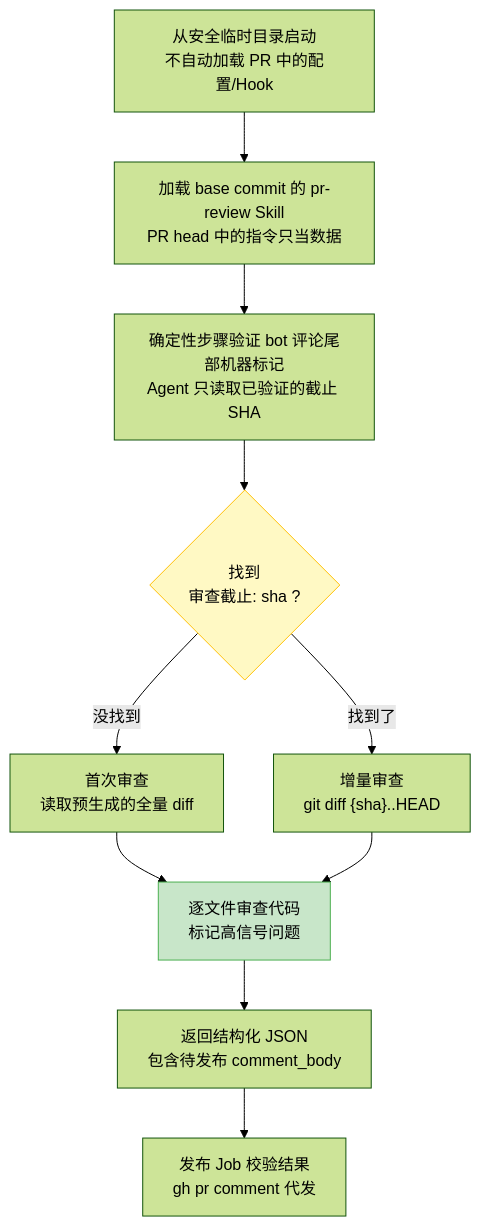
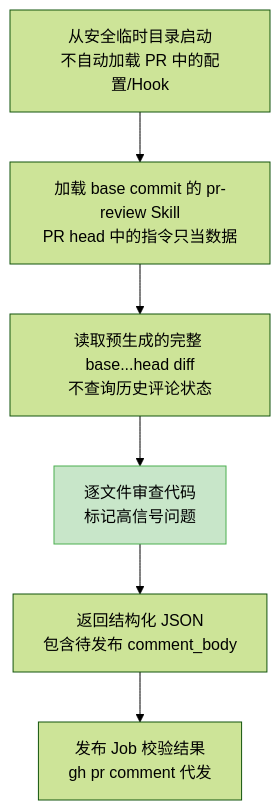
The fifth of 13 diagrams in docs/code-review-design.md (Lightspeed-Intelligence/agentic-workflow-template), drawn with Mermaid (forest theme) before and after one commit. The commit also changed other lines of this file and 3 other files, not shown here.

Commit message:
fix(pr-review): always review the full diff

````diff
--- a/docs/code-review-design.md
+++ b/docs/code-review-design.md
@@ -146,22 +146,14 @@
 ```mermaid
 flowchart TD
     start["从安全临时目录启动<br/>不自动加载 PR 中的配置/Hook"]
     load["加载 base commit 的 pr-review Skill<br/>PR head 中的指令只当数据"]
-    check["确定性步骤验证 bot 评论尾部机器标记<br/>Agent 只读取已验证的截止 SHA"]
-    found{"找到<br/>审查截止: sha ?"}
-    full["首次审查<br/>读取预生成的全量 diff"]
-    incr["增量审查<br/>git diff {sha}..HEAD"]
+    full["读取预生成的完整 base...head diff<br/>不查询历史评论状态"]
     review["逐文件审查代码<br/>标记高信号问题"]
     json["返回结构化 JSON<br/>包含待发布 comment_body"]
     publish["发布 Job 校验结果<br/>gh pr comment 代发"]
 
-    start --> load --> check --> found
-    found -->|"没找到"| full
-    found -->|"找到了"| incr
-    full --> review
-    incr --> review
+    start --> load --> full --> review
     review --> json --> publish
 
-    style found fill:#fff9c4,stroke:#FFC107
     style review fill:#c8e6c9,stroke:#4CAF50
 ```
````
